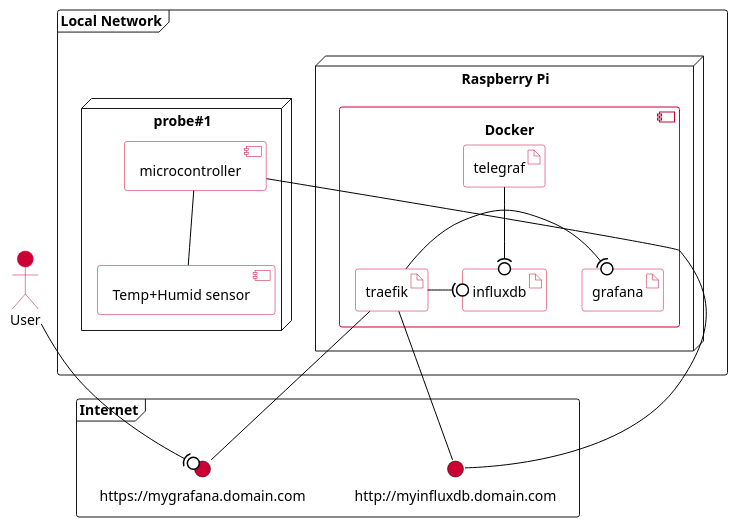
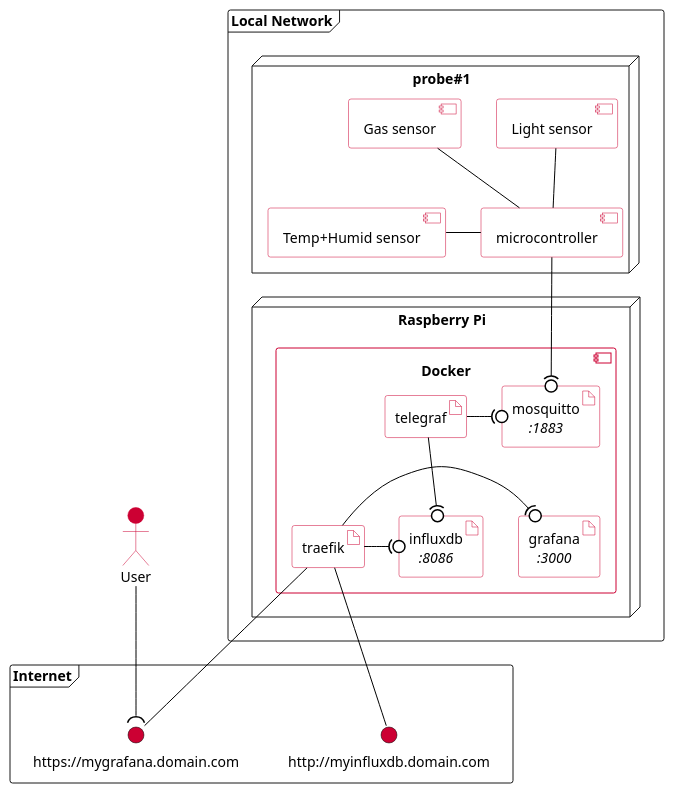
One commit to anoff/probr changed the diagram in docs/system.puml. Above: the diagram before and after it, drawn with PlantUML. The commit also changed 6 other files, not shown here.

```diff
--- a/docs/system.puml
+++ b/docs/system.puml
@@ -1,93 +1,99 @@
 @startuml stack
 
 skinparam file BorderColor #cc0033
 skinparam BackgroundColor white
 
 skinparam sequence {
   LifeLineBorderColor Green
   ArrowColor black
   ParticipantBorderColor black
   ParticipantBackgroundColor GreenYellow
   ParticipantFontColor black
 }
 skinparam actor {
   backgroundColor #cc0033
   borderColor #cc0033
 }
 skinparam activity {
   StartColor green
   BarColor black
   EndColor red
   BackgroundColor white
   DiamondBackgroundColor white
   DiamondBorderColor magenta
   BorderColor black
   ArrowColor black
 }
 skinparam cloud {
   borderColor lightgray
   backgroundColor white
 }
 skinparam interface {
   borderColor black
   backgroundColor #cc0033
 }
 skinparam component {
   borderColor #cc0033
   backgroundColor white
 }
 skinparam file {
   borderColor #cc0033
   backgroundColor white
 }
 skinparam queue {
   borderColor #cc0033
   backgroundColor white
 }
 skinparam artifact {
   borderColor #cc0033
   backgroundColor white
 }
 skinparam database {
   borderColor #cc0033
   backgroundColor white
 }
 skinparam agent {
   borderColor #cc0033
   backgroundColor white
 }
 
 skinparam defaulttextalignment center
 
 frame "Local Network" as lan {
   node "Raspberry Pi" as host {
     component Docker as docker1 {
-      artifact "influxdb" as influxdb
+      artifact "influxdb\n<i>:8086" as influxdb
       artifact "telegraf" as telegraf
-      artifact "grafana" as grafana
+      artifact "grafana\n<i>:3000" as grafana
       artifact "traefik" as traefik
+      artifact "mosquitto\n<i>:1883" as mosquitto
     }
   }
 
   node "probe#1" as p1 {
     component "microcontroller" as uc
-    component "Temp+Humid sensor" as sensor
-    uc -- sensor
+    component "Temp+Humid sensor" as dht
+    component "Gas sensor" as s_voc
+    component "Light sensor" as s_l
+    uc -left- dht
+    uc -up- s_voc
+    uc -up- s_l
   }
 }
 
 frame "Internet" as www {
   interface "https://mygrafana.domain.com" as grafana_www
   interface "http://myinfluxdb.domain.com" as influx_www
 }
 
 actor User
-User --(0 grafana_www
+User --( grafana_www
 telegraf --(0 influxdb
 traefik -- grafana_www
 traefik -- influx_www
 traefik -(0 grafana
 traefik -(0 influxdb
+telegraf -(0 mosquitto
 
-uc -- influx_www
+uc --(0 mosquitto
 @enduml
```
